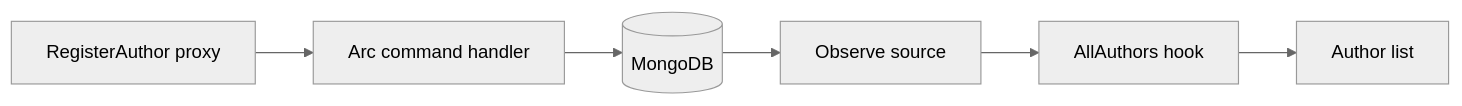
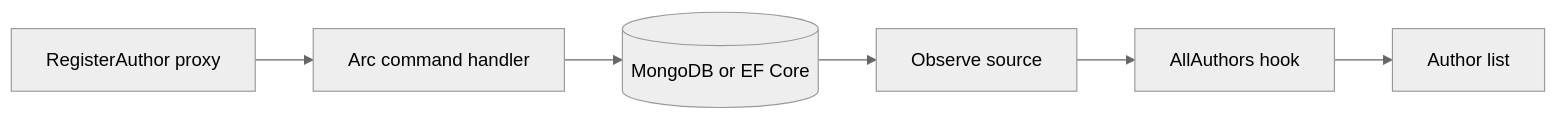
Before and after one commit to Cratis/Arc: the diagram in Documentation/frontend/react/getting-started.mdx, drawn with Mermaid (neutral theme). The commit also changed other lines of this file and 12 other files, not shown here.

````diff
--- a/Documentation/frontend/react/getting-started.mdx
+++ b/Documentation/frontend/react/getting-started.mdx
@@ -86,8 +97,8 @@
 ```mermaid
 flowchart LR
     Form[RegisterAuthor proxy] --> Backend[Arc command handler]
-    Backend --> DB[(MongoDB)]
+    Backend --> DB[(MongoDB or EF Core)]
     DB --> Observe[Observe source]
     Observe --> Query[AllAuthors hook]
     Query --> List[Author list]
 ```
````
